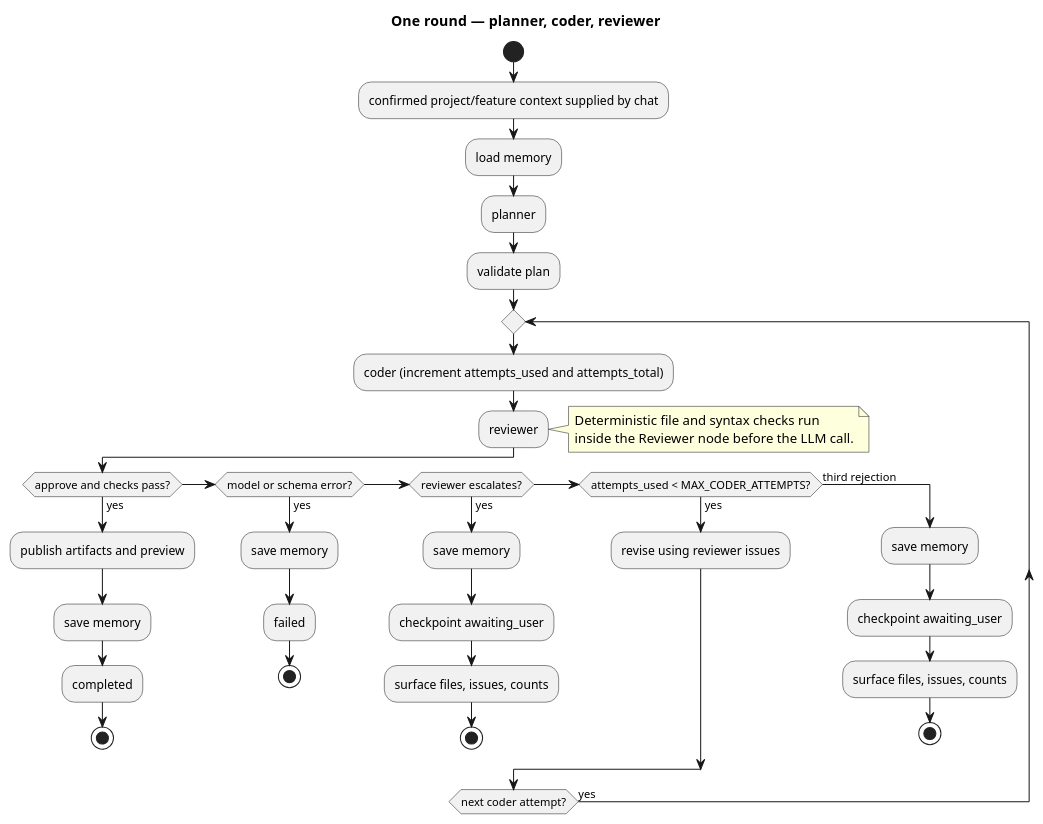
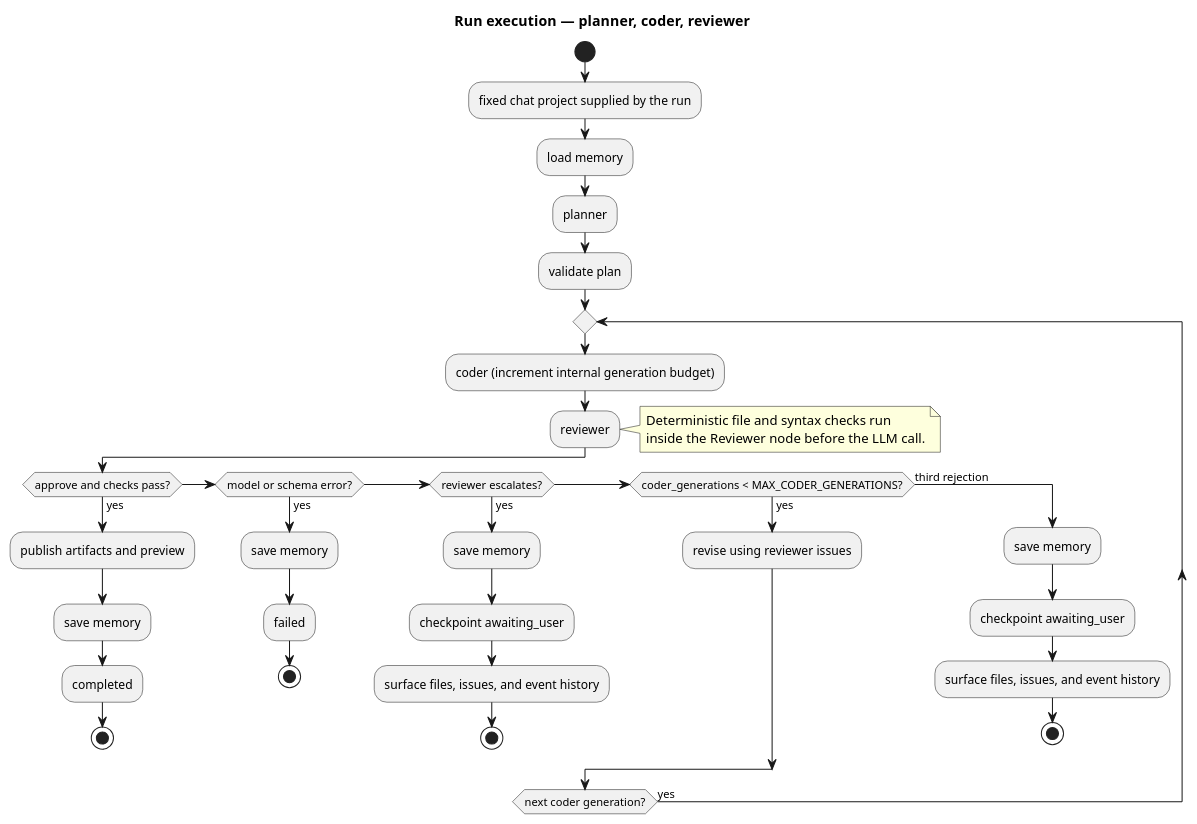
The fifth of 7 diagrams in docs/architecture.md (gdpe-franco/ai-coding-agent-pipeline), drawn with PlantUML before and after one commit. The commit also changed other lines of this file and 58 other files, not shown here.

Commit message:
refactor: bind projects to chats and unify run history

````diff
--- a/docs/architecture.md
+++ b/docs/architecture.md
@@ -355,43 +319,43 @@
 ```puml
 @startuml
 !pragma layout smetana
-title One round — planner, coder, reviewer
+title Run execution — planner, coder, reviewer
 skinparam backgroundColor white
 skinparam shadowing false
 start
-:confirmed project/feature context supplied by chat;
+:fixed chat project supplied by the run;
 :load memory;
 :planner;
 :validate plan;
 repeat
-  :coder (increment attempts_used and attempts_total);
+  :coder (increment internal generation budget);
   :reviewer;
   note right
     Deterministic file and syntax checks run
     inside the Reviewer node before the LLM call.
   end note
   if (approve and checks pass?) then (yes)
     :publish artifacts and preview;
     :save memory;
     :completed;
     stop
   elseif (model or schema error?) then (yes)
     :save memory;
     :failed;
     stop
   elseif (reviewer escalates?) then (yes)
     :save memory;
     :checkpoint awaiting_user;
-    :surface files, issues, counts;
+    :surface files, issues, and event history;
     stop
-  elseif (attempts_used < MAX_CODER_ATTEMPTS?) then (yes)
+  elseif (coder_generations < MAX_CODER_GENERATIONS?) then (yes)
     :revise using reviewer issues;
   else (third rejection)
     :save memory;
     :checkpoint awaiting_user;
-    :surface files, issues, counts;
+    :surface files, issues, and event history;
     stop
   endif
-repeat while (next coder attempt?) is (yes)
+repeat while (next coder generation?) is (yes)
 @enduml
 ```
````
